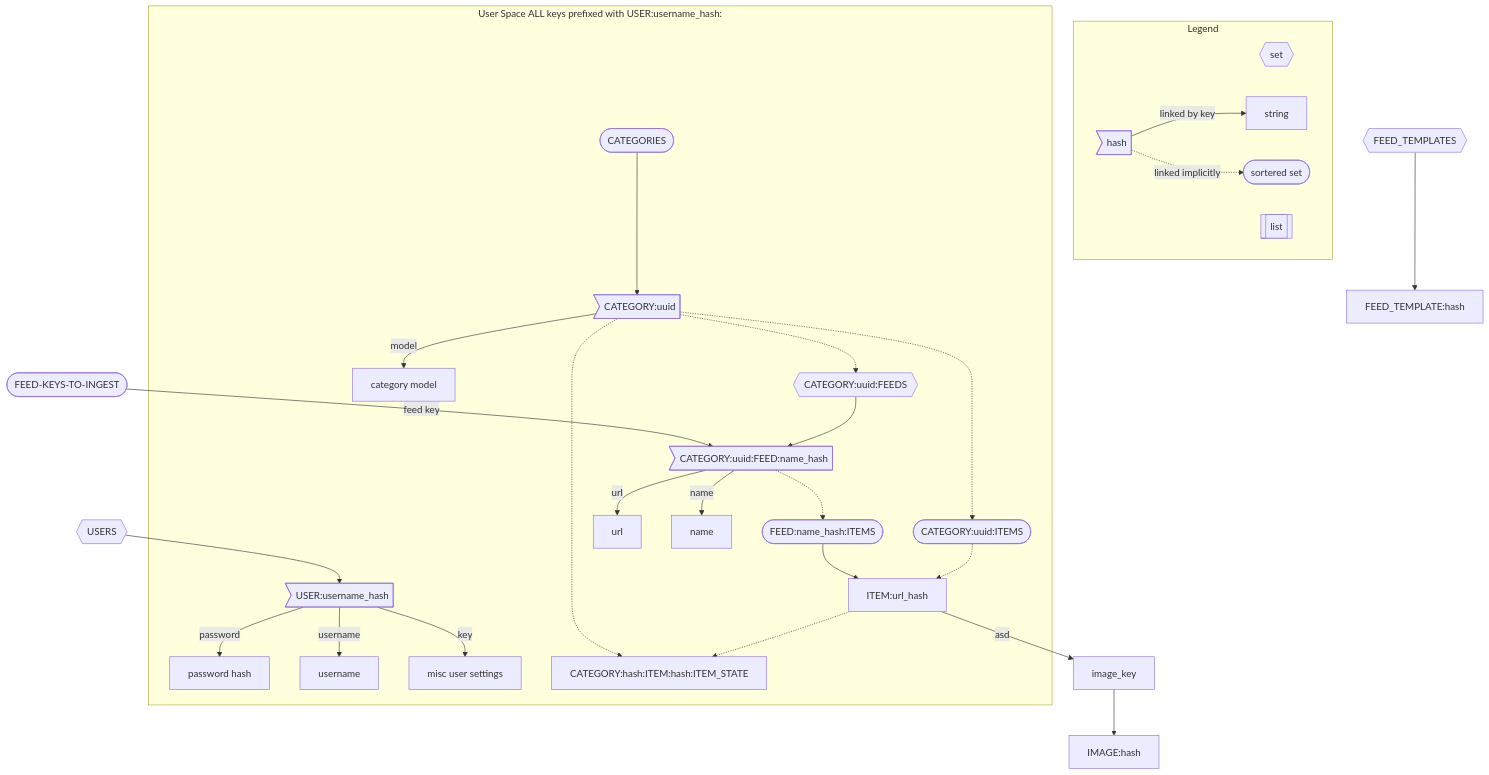
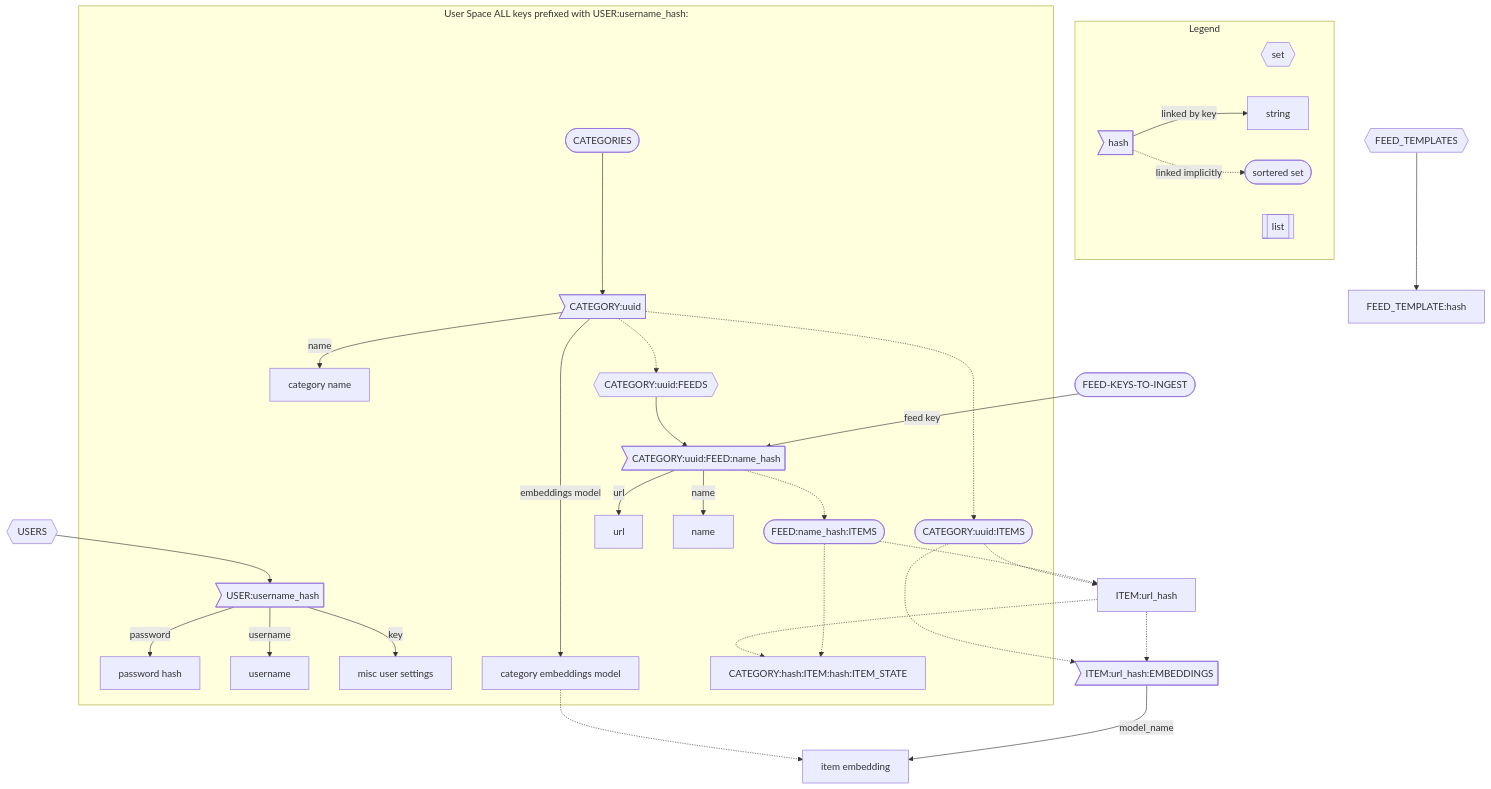
One commit to mullinmax/aggy changed the diagram in README.md. Above: the diagram before and after it, drawn with Mermaid. The commit also changed 4 other files, not shown here.

````diff
--- a/README.md
+++ b/README.md
@@ -28,53 +28,62 @@
 ```mermaid
 flowchart TB
     subgraph Legend
         direction LR
         set{{set}}
         sorted_set([sortered set])
         string[string]
         hash>hash]
         list[[list]]
         hash --linked by key-->string
         hash -.linked implicitly.-> sorted_set
     end
 
     feeds_to_ingest([FEED-KEYS-TO-INGEST]) --feed key--> feed
 
     subgraph User Space ALL keys prefixed with USER:username_hash:
         user>USER:username_hash]
         user--password--> password_hash[password hash]
         user--username--> username[username]
         user--key-->misc_user_settings[misc user settings]
 
         categories([CATEGORIES])
         category>CATEGORY:uuid]
-        category_model[category model]
+        category_embeddings_model[category embeddings model]
+        category_name[category name]
         category_feeds{{CATEGORY:uuid:FEEDS}}
         category_items([CATEGORY:uuid:ITEMS])
         feed>CATEGORY:uuid:FEED:name_hash]
         feed_url[url]
         feed_name[name]
         items([FEED:name_hash:ITEMS])
 
 
         categories --> category
 
-        category --model--> category_model
+        category --embeddings model--> category_embeddings_model
+        category --name--> category_name
         category -.-> category_items
         category -.-> category_feeds
         category_feeds --> feed
         feed --url--> feed_url
         feed --name--> feed_name
         feed -.-> items
 
-        category -.-> item_state[CATEGORY:hash:ITEM:hash:ITEM_STATE]
-        item -.-> item_state
+        items -.-> item_state[CATEGORY:hash:ITEM:hash:ITEM_STATE]
+
     end
 
-    items-->item
+    item[ITEM:url_hash]
+    item_embeddings>ITEM:url_hash:EMBEDDINGS]
+    item_embedding[item embedding]
+
+    items-.->item
+    item -.-> item_state
     category_items -.-> item
-    item[ITEM:url_hash] --asd--> image_key
-    image_key-->image[IMAGE:hash]
+    category_items -.-> item_embeddings
+    item_embeddings --model_name--> item_embedding
+    item -.-> item_embeddings
+    category_embeddings_model -.-> item_embedding
     users{{USERS}} --> user
     feed_templates{{FEED_TEMPLATES}} --> feed_template[FEED_TEMPLATE:hash]
 ```
````
